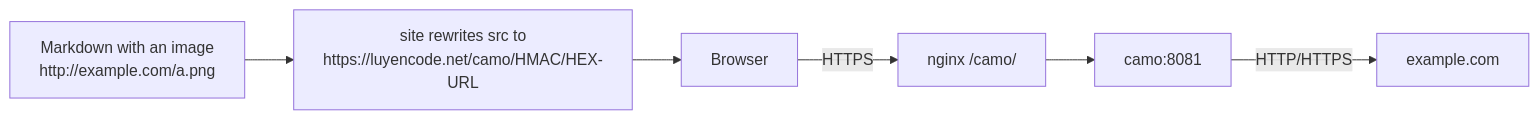
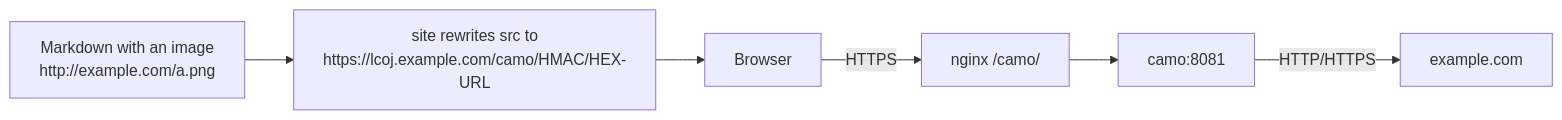
Before and after one commit to luyencode/docs: the diagram in src/en/operate/ssl-content-proxy.md, drawn with Mermaid. The commit also changed other lines of this file and 70 other files, not shown here.

````diff
--- a/src/en/operate/ssl-content-proxy.md
+++ b/src/en/operate/ssl-content-proxy.md
@@ -26,8 +26,8 @@
 ```mermaid
 flowchart LR
-  A["Markdown with an image<br/>http://example.com/a.png"] --> B["site rewrites src to<br/>https://luyencode.net/camo/HMAC/HEX-URL"]
+  A["Markdown with an image<br/>http://example.com/a.png"] --> B["site rewrites src to<br/>https://lcoj.example.com/camo/HMAC/HEX-URL"]
   B --> C["Browser"]
   C -->|HTTPS| D["nginx /camo/"]
   D --> E["camo:8081"]
   E -->|HTTP/HTTPS| F["example.com"]
 ```
````
